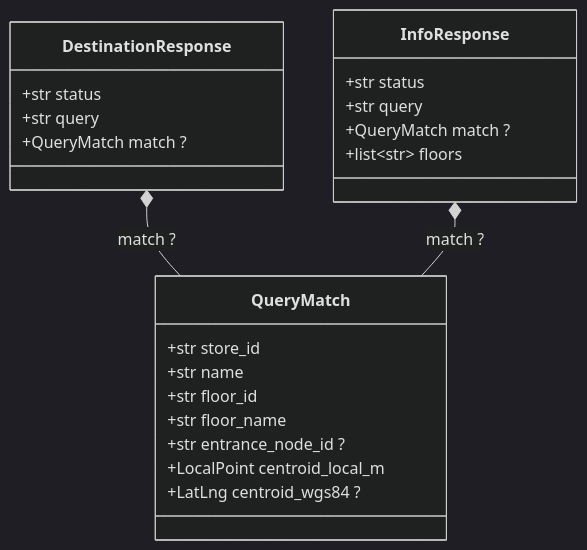
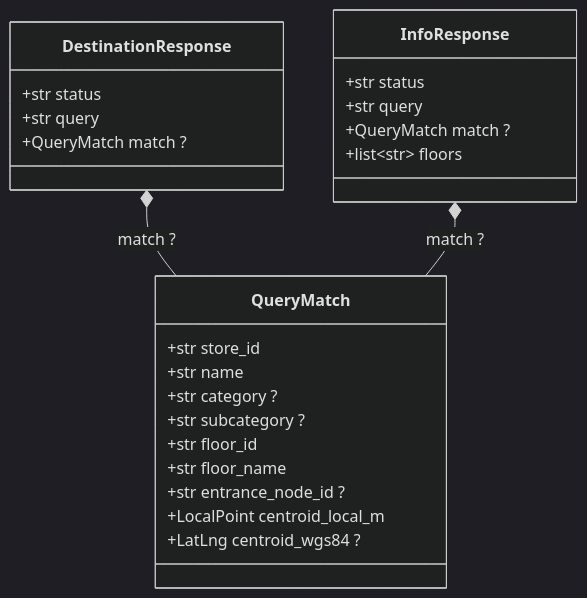
Before and after one commit to Routex-labs/Navigation: the fourth of 4 diagrams in backend/app/dto/README.md, drawn with Mermaid (dark theme). The commit also changed other lines of this file and 22 other files, not shown here.

````diff
--- a/backend/app/dto/README.md
+++ b/backend/app/dto/README.md
@@ -168,26 +168,28 @@
 ```mermaid
 classDiagram
     class DestinationResponse {
         +str status
         +str query
         +QueryMatch match ?
     }
     class InfoResponse {
         +str status
         +str query
         +QueryMatch match ?
         +list~str~ floors
     }
     class QueryMatch {
         +str store_id
         +str name
+        +str category ?
+        +str subcategory ?
         +str floor_id
         +str floor_name
         +str entrance_node_id ?
         +LocalPoint centroid_local_m
         +LatLng centroid_wgs84 ?
     }
 
     DestinationResponse *-- QueryMatch : match ?
     InfoResponse *-- QueryMatch : match ?
 ```
````
